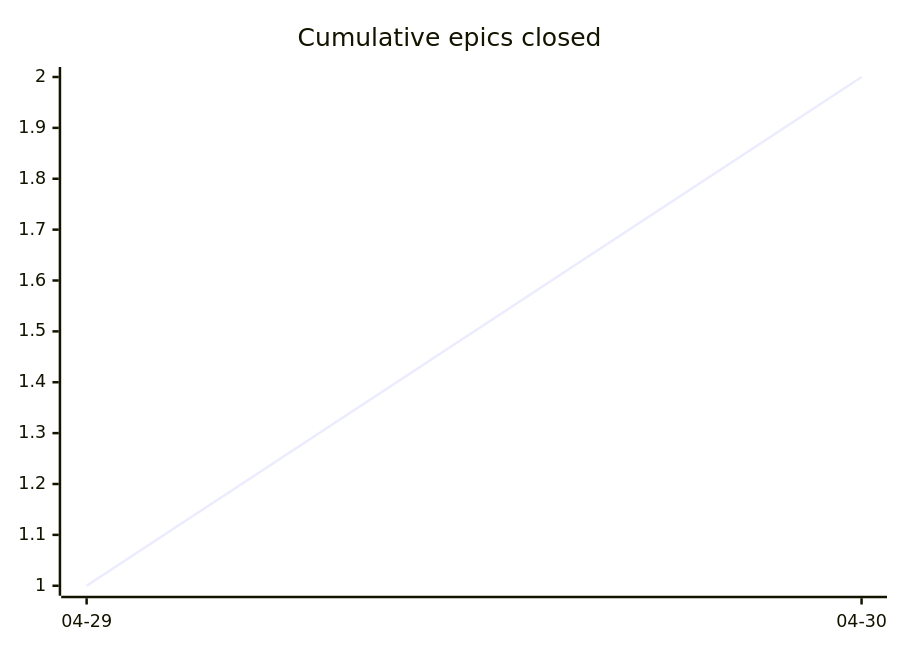
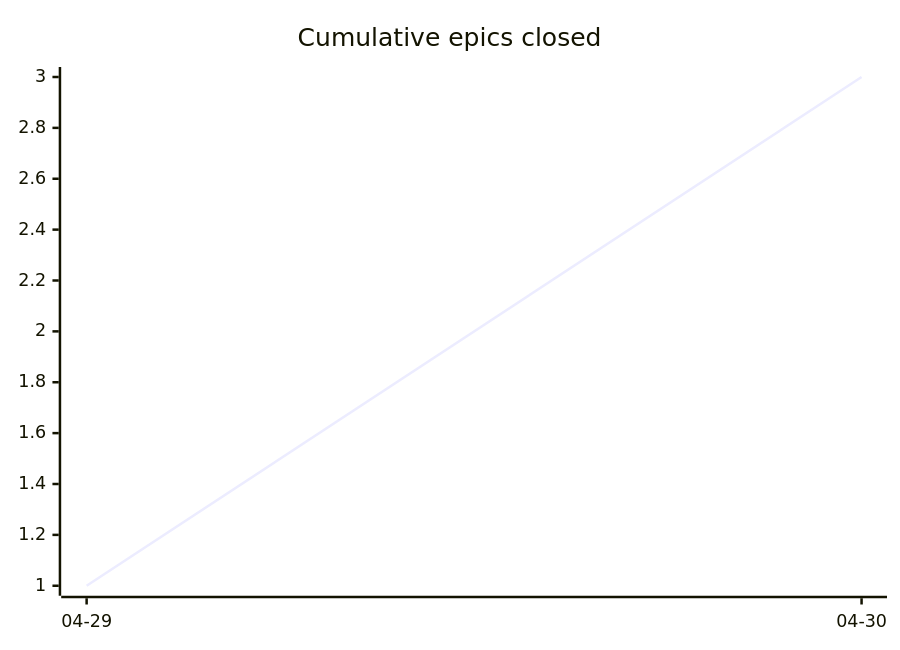
One commit to tgd1975/AwesomeStudioPedal changed the second of 3 diagrams in docs/developers/tasks/OVERVIEW.md. Above: the diagram before and after it, drawn with Mermaid. The commit also changed other lines of this file and 4 other files, not shown here.

````diff
--- a/docs/developers/tasks/OVERVIEW.md
+++ b/docs/developers/tasks/OVERVIEW.md
@@ -29,6 +29,6 @@
 ```mermaid
 xychart-beta
     title "Cumulative epics closed"
     x-axis ["04-29", "04-30"]
-    line [1, 2]
+    line [1, 3]
 ```
````
